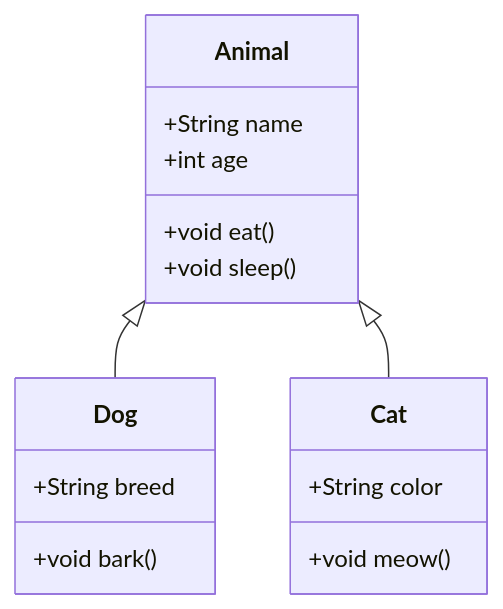
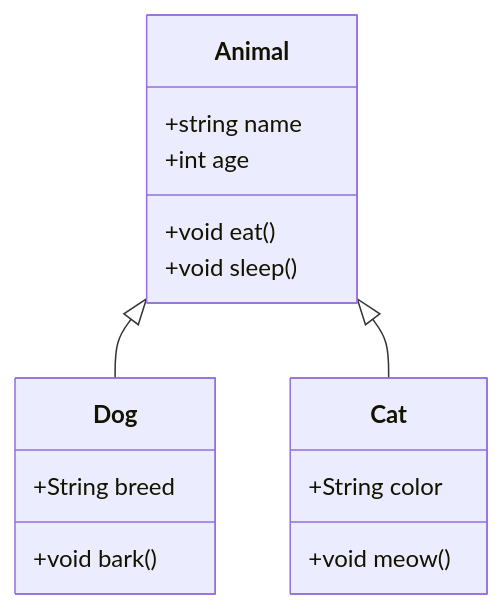
The diagram in sampleDiagrams/class.mmd (cheonglol/colorful-mermaid), drawn with Mermaid before and after one commit. The commit also changed 4 other files, not shown here.

Commit message:
update CHANGELOG.md, package.json, and syntax highlighting: add support for new diagram types and improve existing features

```diff
--- a/sampleDiagrams/class.mmd
+++ b/sampleDiagrams/class.mmd
@@ -1,20 +1,20 @@
 classDiagram
     class Animal {
-        +String name
+        +string name
         +int age
         +void eat()
         +void sleep()
     }
 
     class Dog {
         +String breed
         +void bark()
     }
 
     class Cat {
         +String color
         +void meow()
     }
 
     Animal <|-- Dog
     Animal <|-- Cat
```
